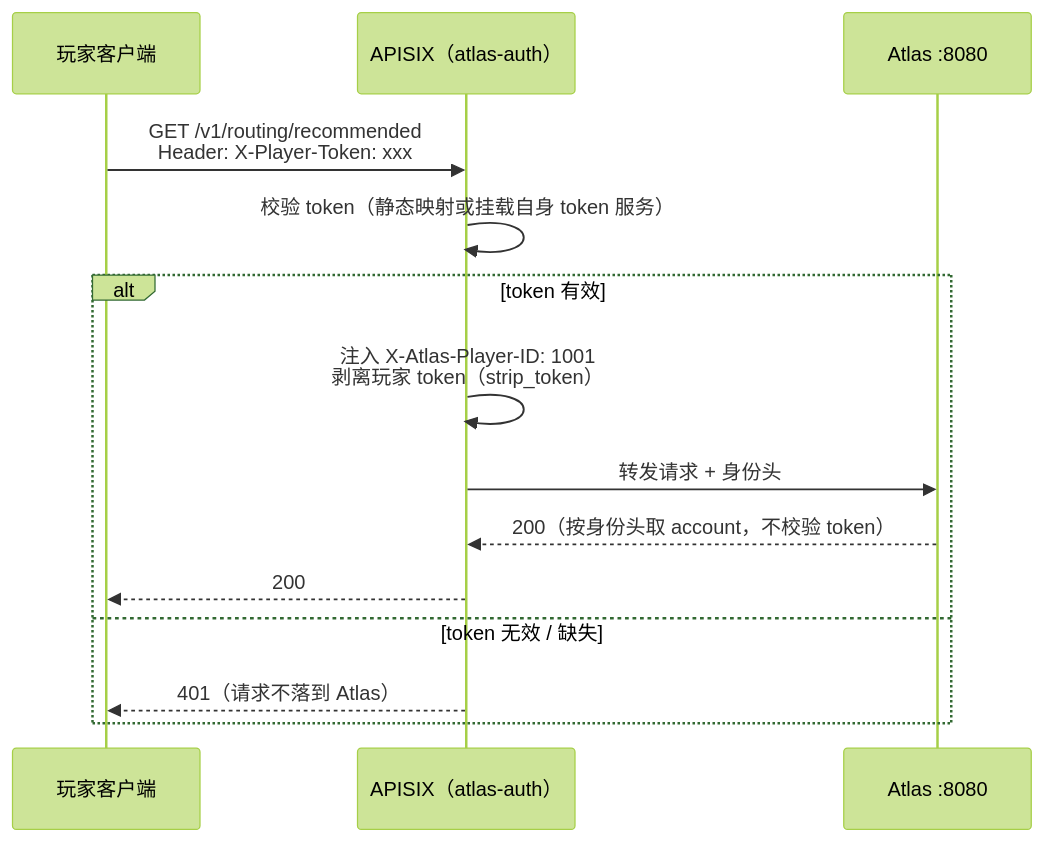
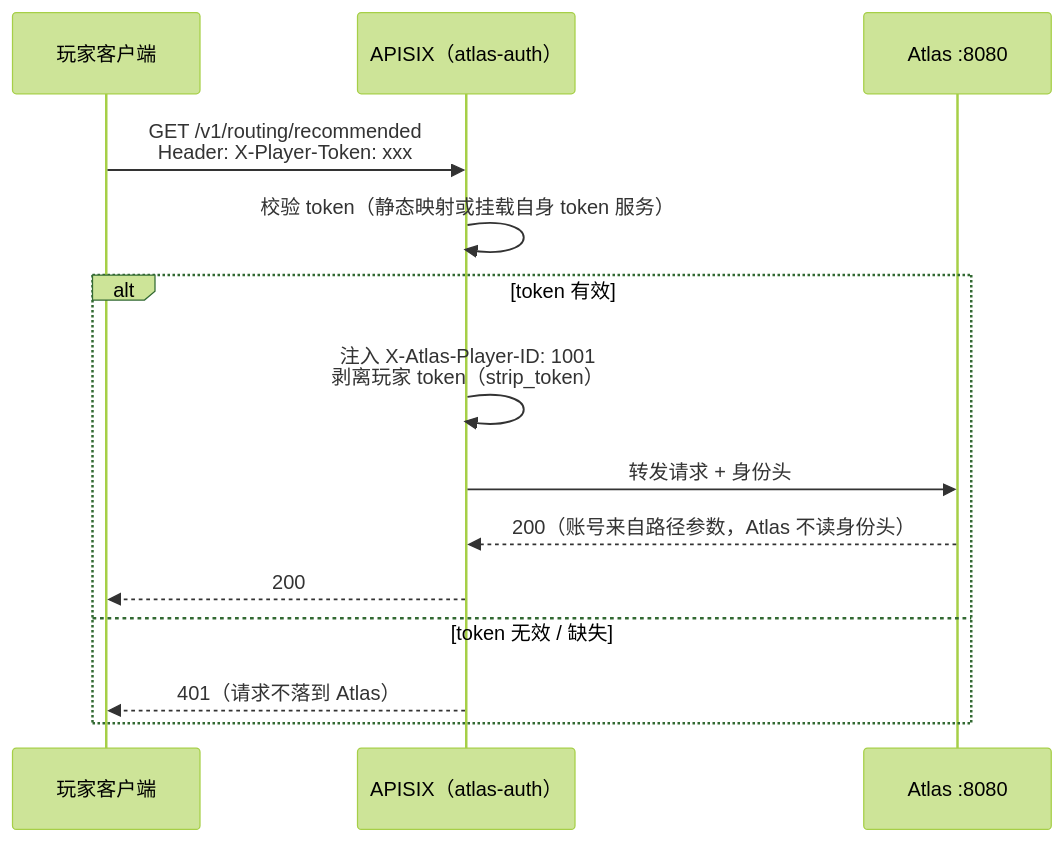
Before and after one commit to cuihairu/atlas: the diagram in docs/apisix.md, drawn with Mermaid (forest theme). The commit also changed other lines of this file and 6 other files, not shown here.

````diff
--- a/docs/apisix.md
+++ b/docs/apisix.md
@@ -12,17 +13,17 @@
 ```mermaid
 sequenceDiagram
     participant C as 玩家客户端
     participant G as APISIX（atlas-auth）
     participant A as Atlas :8080
 
     C->>G: GET /v1/routing/recommended<br/>Header: X-Player-Token: xxx
     G->>G: 校验 token（静态映射或挂载自身 token 服务）
     alt token 有效
         G->>G: 注入 X-Atlas-Player-ID: 1001<br/>剥离玩家 token（strip_token）
         G->>A: 转发请求 + 身份头
-        A-->>G: 200（按身份头取 account，不校验 token）
+        A-->>G: 200（账号来自路径参数，Atlas 不读身份头）
         G-->>C: 200
     else token 无效 / 缺失
         G-->>C: 401（请求不落到 Atlas）
     end
 ```
````
